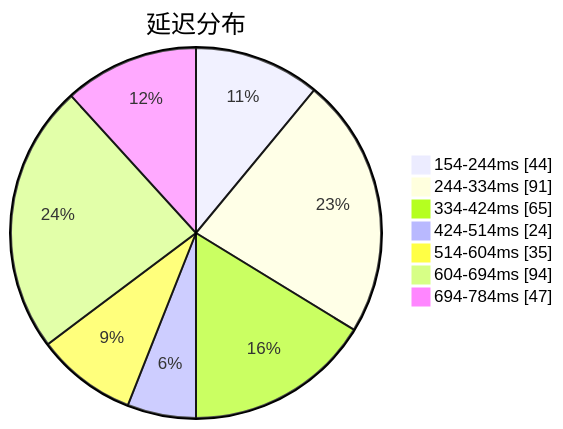
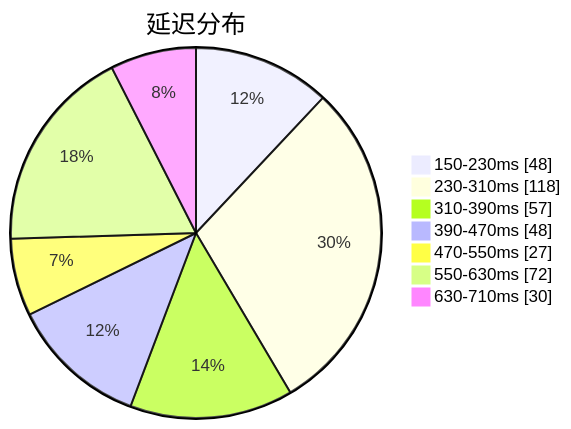
The first of 3 diagrams in subs/statistics/tested_within.md (qjlxg/airport), drawn with Mermaid before and after one commit. The commit also changed other lines of this file and 2 other files, not shown here.

````diff
--- a/subs/statistics/tested_within.md
+++ b/subs/statistics/tested_within.md
@@ -2,11 +2,11 @@
 ```mermaid
 pie showData
 title 延迟分布
-"154-244ms" : 44
-"244-334ms" : 91
-"334-424ms" : 65
-"424-514ms" : 24
-"514-604ms" : 35
-"604-694ms" : 94
-"694-784ms" : 47
+"150-230ms" : 48
+"230-310ms" : 118
+"310-390ms" : 57
+"390-470ms" : 48
+"470-550ms" : 27
+"550-630ms" : 72
+"630-710ms" : 30
 ```
````
